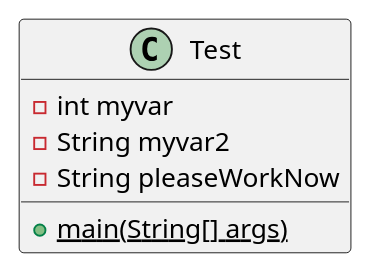
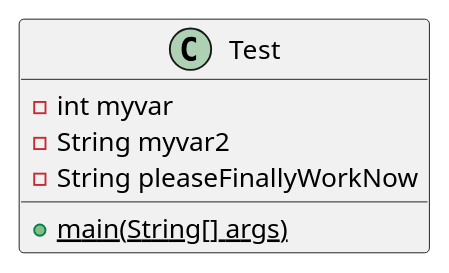
Before and after one commit to andrewdimmer/csi-3370-software-project-config-test: the diagram in docs/uml/test.puml, drawn with PlantUML.

```diff
--- a/docs/uml/test.puml
+++ b/docs/uml/test.puml
@@ -1,10 +1,10 @@
 @startuml test
 
 class Test {
     - int myvar
     - String myvar2
-    - String pleaseWorkNow
+    - String pleaseFinallyWorkNow
     {static} + main(String[] args)
 }
 
 @enduml
```
